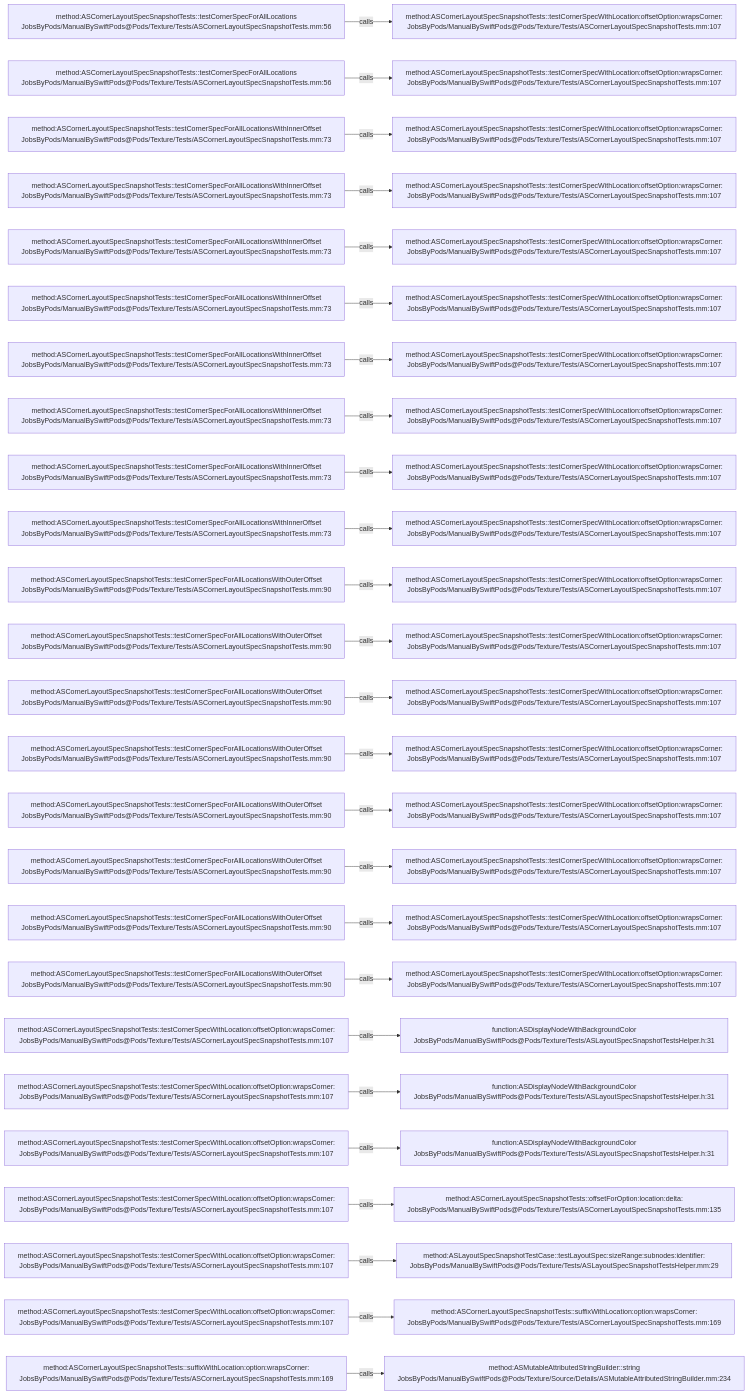
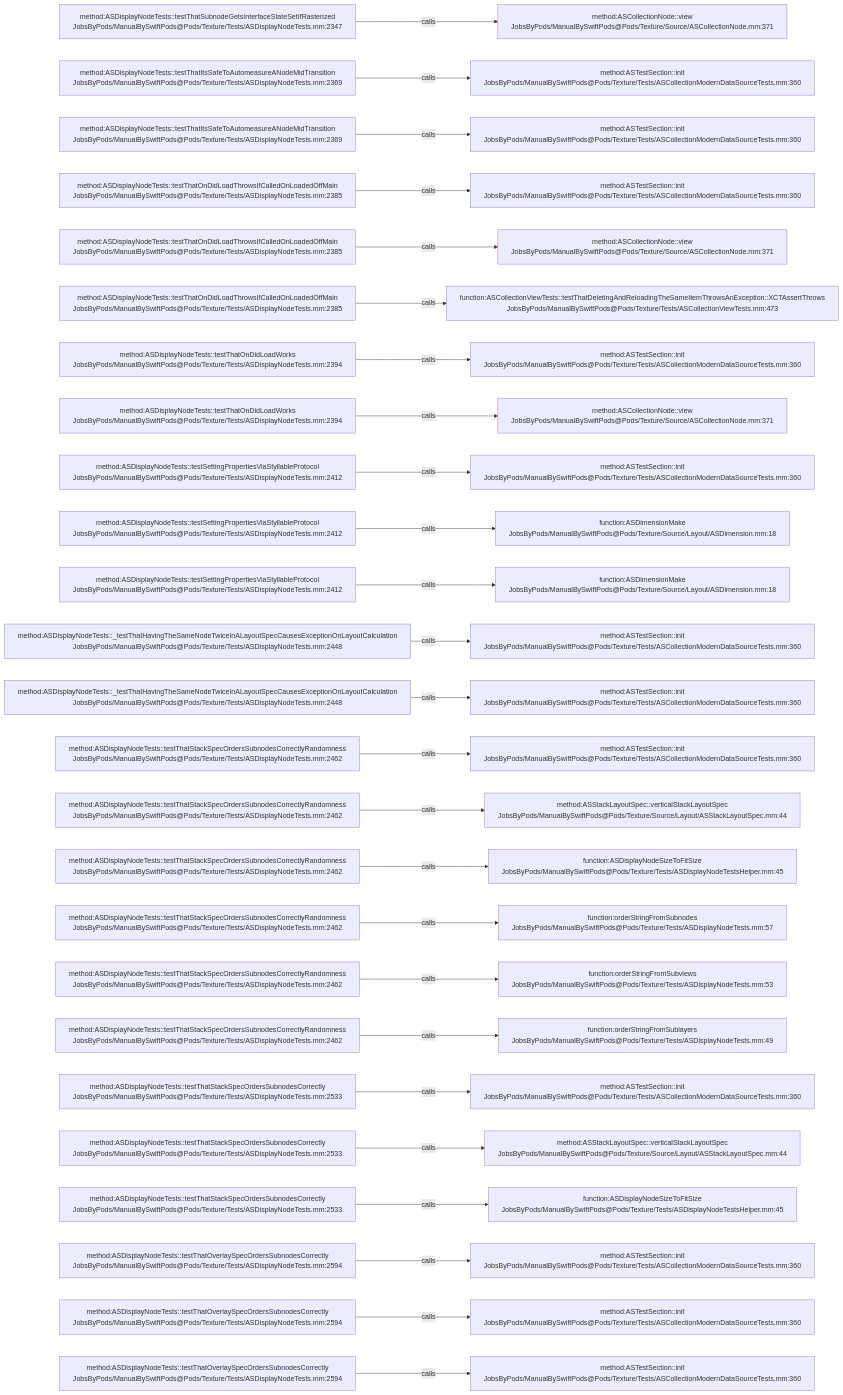
One commit to JobsKits/JobsSwiftBaseConfigDemo changed the diagram in .codegraph/codegraph.md/graphs/calls-196.md. Above: the diagram before and after it, drawn with Mermaid. The commit also changed 832 other files, not shown here.

````diff
--- a/.codegraph/codegraph.md/graphs/calls-196.md
+++ b/.codegraph/codegraph.md/graphs/calls-196.md
@@ -13,78 +13,78 @@
 ```mermaid
 flowchart LR
-  S1["method:ASCornerLayoutSpecSnapshotTests::testCornerSpecForAllLocations<br/>JobsByPods/ManualBySwiftPods@Pods/Texture/Tests/ASCornerLayoutSpecSnapshotTests.mm:56"]
-  T1["method:ASCornerLayoutSpecSnapshotTests::testCornerSpecWithLocation:offsetOption:wrapsCorner:<br/>JobsByPods/ManualBySwiftPods@Pods/Texture/Tests/ASCornerLayoutSpecSnapshotTests.mm:107"]
+  S1["method:ASDisplayNodeTests::testThatSubnodeGetsInterfaceStateSetIfRasterized<br/>JobsByPods/ManualBySwiftPods@Pods/Texture/Tests/ASDisplayNodeTests.mm:2347"]
+  T1["method:ASCollectionNode::view<br/>JobsByPods/ManualBySwiftPods@Pods/Texture/Source/ASCollectionNode.mm:371"]
   S1 -->|calls| T1
-  S2["method:ASCornerLayoutSpecSnapshotTests::testCornerSpecForAllLocations<br/>JobsByPods/ManualBySwiftPods@Pods/Texture/Tests/ASCornerLayoutSpecSnapshotTests.mm:56"]
-  T2["method:ASCornerLayoutSpecSnapshotTests::testCornerSpecWithLocation:offsetOption:wrapsCorner:<br/>JobsByPods/ManualBySwiftPods@Pods/Texture/Tests/ASCornerLayoutSpecSnapshotTests.mm:107"]
+  S2["method:ASDisplayNodeTests::testThatItsSafeToAutomeasureANodeMidTransition<br/>JobsByPods/ManualBySwiftPods@Pods/Texture/Tests/ASDisplayNodeTests.mm:2369"]
+  T2["method:ASTestSection::init<br/>JobsByPods/ManualBySwiftPods@Pods/Texture/Tests/ASCollectionModernDataSourceTests.mm:360"]
   S2 -->|calls| T2
-  S3["method:ASCornerLayoutSpecSnapshotTests::testCornerSpecForAllLocationsWithInnerOffset<br/>JobsByPods/ManualBySwiftPods@Pods/Texture/Tests/ASCornerLayoutSpecSnapshotTests.mm:73"]
-  T3["method:ASCornerLayoutSpecSnapshotTests::testCornerSpecWithLocation:offsetOption:wrapsCorner:<br/>JobsByPods/ManualBySwiftPods@Pods/Texture/Tests/ASCornerLayoutSpecSnapshotTests.mm:107"]
+  S3["method:ASDisplayNodeTests::testThatItsSafeToAutomeasureANodeMidTransition<br/>JobsByPods/ManualBySwiftPods@Pods/Texture/Tests/ASDisplayNodeTests.mm:2369"]
+  T3["method:ASTestSection::init<br/>JobsByPods/ManualBySwiftPods@Pods/Texture/Tests/ASCollectionModernDataSourceTests.mm:360"]
   S3 -->|calls| T3
-  S4["method:ASCornerLayoutSpecSnapshotTests::testCornerSpecForAllLocationsWithInnerOffset<br/>JobsByPods/ManualBySwiftPods@Pods/Texture/Tests/ASCornerLayoutSpecSnapshotTests.mm:73"]
-  T4["method:ASCornerLayoutSpecSnapshotTests::testCornerSpecWithLocation:offsetOption:wrapsCorner:<br/>JobsByPods/ManualBySwiftPods@Pods/Texture/Tests/ASCornerLayoutSpecSnapshotTests.mm:107"]
+  S4["method:ASDisplayNodeTests::testThatOnDidLoadThrowsIfCalledOnLoadedOffMain<br/>JobsByPods/ManualBySwiftPods@Pods/Texture/Tests/ASDisplayNodeTests.mm:2385"]
+  T4["method:ASTestSection::init<br/>JobsByPods/ManualBySwiftPods@Pods/Texture/Tests/ASCollectionModernDataSourceTests.mm:360"]
   S4 -->|calls| T4
-  S5["method:ASCornerLayoutSpecSnapshotTests::testCornerSpecForAllLocationsWithInnerOffset<br/>JobsByPods/ManualBySwiftPods@Pods/Texture/Tests/ASCornerLayoutSpecSnapshotTests.mm:73"]
-  T5["method:ASCornerLayoutSpecSnapshotTests::testCornerSpecWithLocation:offsetOption:wrapsCorner:<br/>JobsByPods/ManualBySwiftPods@Pods/Texture/Tests/ASCornerLayoutSpecSnapshotTests.mm:107"]
+  S5["method:ASDisplayNodeTests::testThatOnDidLoadThrowsIfCalledOnLoadedOffMain<br/>JobsByPods/ManualBySwiftPods@Pods/Texture/Tests/ASDisplayNodeTests.mm:2385"]
+  T5["method:ASCollectionNode::view<br/>JobsByPods/ManualBySwiftPods@Pods/Texture/Source/ASCollectionNode.mm:371"]
   S5 -->|calls| T5
-  S6["method:ASCornerLayoutSpecSnapshotTests::testCornerSpecForAllLocationsWithInnerOffset<br/>JobsByPods/ManualBySwiftPods@Pods/Texture/Tests/ASCornerLayoutSpecSnapshotTests.mm:73"]
-  T6["method:ASCornerLayoutSpecSnapshotTests::testCornerSpecWithLocation:offsetOption:wrapsCorner:<br/>JobsByPods/ManualBySwiftPods@Pods/Texture/Tests/ASCornerLayoutSpecSnapshotTests.mm:107"]
+  S6["method:ASDisplayNodeTests::testThatOnDidLoadThrowsIfCalledOnLoadedOffMain<br/>JobsByPods/ManualBySwiftPods@Pods/Texture/Tests/ASDisplayNodeTests.mm:2385"]
+  T6["function:ASCollectionViewTests::testThatDeletingAndReloadingTheSameItemThrowsAnException::XCTAssertThrows<br/>JobsByPods/ManualBySwiftPods@Pods/Texture/Tests/ASCollectionViewTests.mm:473"]
   S6 -->|calls| T6
-  S7["method:ASCornerLayoutSpecSnapshotTests::testCornerSpecForAllLocationsWithInnerOffset<br/>JobsByPods/ManualBySwiftPods@Pods/Texture/Tests/ASCornerLayoutSpecSnapshotTests.mm:73"]
-  T7["method:ASCornerLayoutSpecSnapshotTests::testCornerSpecWithLocation:offsetOption:wrapsCorner:<br/>JobsByPods/ManualBySwiftPods@Pods/Texture/Tests/ASCornerLayoutSpecSnapshotTests.mm:107"]
+  S7["method:ASDisplayNodeTests::testThatOnDidLoadWorks<br/>JobsByPods/ManualBySwiftPods@Pods/Texture/Tests/ASDisplayNodeTests.mm:2394"]
+  T7["method:ASTestSection::init<br/>JobsByPods/ManualBySwiftPods@Pods/Texture/Tests/ASCollectionModernDataSourceTests.mm:360"]
   S7 -->|calls| T7
-  S8["method:ASCornerLayoutSpecSnapshotTests::testCornerSpecForAllLocationsWithInnerOffset<br/>JobsByPods/ManualBySwiftPods@Pods/Texture/Tests/ASCornerLayoutSpecSnapshotTests.mm:73"]
-  T8["method:ASCornerLayoutSpecSnapshotTests::testCornerSpecWithLocation:offsetOption:wrapsCorner:<br/>JobsByPods/ManualBySwiftPods@Pods/Texture/Tests/ASCornerLayoutSpecSnapshotTests.mm:107"]
+  S8["method:ASDisplayNodeTests::testThatOnDidLoadWorks<br/>JobsByPods/ManualBySwiftPods@Pods/Texture/Tests/ASDisplayNodeTests.mm:2394"]
+  T8["method:ASCollectionNode::view<br/>JobsByPods/ManualBySwiftPods@Pods/Texture/Source/ASCollectionNode.mm:371"]
   S8 -->|calls| T8
-  S9["method:ASCornerLayoutSpecSnapshotTests::testCornerSpecForAllLocationsWithInnerOffset<br/>JobsByPods/ManualBySwiftPods@Pods/Texture/Tests/ASCornerLayoutSpecSnapshotTests.mm:73"]
-  T9["method:ASCornerLayoutSpecSnapshotTests::testCornerSpecWithLocation:offsetOption:wrapsCorner:<br/>JobsByPods/ManualBySwiftPods@Pods/Texture/Tests/ASCornerLayoutSpecSnapshotTests.mm:107"]
+  S9["method:ASDisplayNodeTests::testSettingPropertiesViaStyllableProtocol<br/>JobsByPods/ManualBySwiftPods@Pods/Texture/Tests/ASDisplayNodeTests.mm:2412"]
+  T9["method:ASTestSection::init<br/>JobsByPods/ManualBySwiftPods@Pods/Texture/Tests/ASCollectionModernDataSourceTests.mm:360"]
   S9 -->|calls| T9
-  S10["method:ASCornerLayoutSpecSnapshotTests::testCornerSpecForAllLocationsWithInnerOffset<br/>JobsByPods/ManualBySwiftPods@Pods/Texture/Tests/ASCornerLayoutSpecSnapshotTests.mm:73"]
-  T10["method:ASCornerLayoutSpecSnapshotTests::testCornerSpecWithLocation:offsetOption:wrapsCorner:<br/>JobsByPods/ManualBySwiftPods@Pods/Texture/Tests/ASCornerLayoutSpecSnapshotTests.mm:107"]
+  S10["method:ASDisplayNodeTests::testSettingPropertiesViaStyllableProtocol<br/>JobsByPods/ManualBySwiftPods@Pods/Texture/Tests/ASDisplayNodeTests.mm:2412"]
+  T10["function:ASDimensionMake<br/>JobsByPods/ManualBySwiftPods@Pods/Texture/Source/Layout/ASDimension.mm:18"]
   S10 -->|calls| T10
-  S11["method:ASCornerLayoutSpecSnapshotTests::testCornerSpecForAllLocationsWithOuterOffset<br/>JobsByPods/ManualBySwiftPods@Pods/Texture/Tests/ASCornerLayoutSpecSnapshotTests.mm:90"]
-  T11["method:ASCornerLayoutSpecSnapshotTests::testCornerSpecWithLocation:offsetOption:wrapsCorner:<br/>JobsByPods/ManualBySwiftPods@Pods/Texture/Tests/ASCornerLayoutSpecSnapshotTests.mm:107"]
+  S11["method:ASDisplayNodeTests::testSettingPropertiesViaStyllableProtocol<br/>JobsByPods/ManualBySwiftPods@Pods/Texture/Tests/ASDisplayNodeTests.mm:2412"]
+  T11["function:ASDimensionMake<br/>JobsByPods/ManualBySwiftPods@Pods/Texture/Source/Layout/ASDimension.mm:18"]
   S11 -->|calls| T11
-  S12["method:ASCornerLayoutSpecSnapshotTests::testCornerSpecForAllLocationsWithOuterOffset<br/>JobsByPods/ManualBySwiftPods@Pods/Texture/Tests/ASCornerLayoutSpecSnapshotTests.mm:90"]
-  T12["method:ASCornerLayoutSpecSnapshotTests::testCornerSpecWithLocation:offsetOption:wrapsCorner:<br/>JobsByPods/ManualBySwiftPods@Pods/Texture/Tests/ASCornerLayoutSpecSnapshotTests.mm:107"]
+  S12["method:ASDisplayNodeTests::_testThatHavingTheSameNodeTwiceInALayoutSpecCausesExceptionOnLayoutCalculation<br/>JobsByPods/ManualBySwiftPods@Pods/Texture/Tests/ASDisplayNodeTests.mm:2448"]
+  T12["method:ASTestSection::init<br/>JobsByPods/ManualBySwiftPods@Pods/Texture/Tests/ASCollectionModernDataSourceTests.mm:360"]
   S12 -->|calls| T12
-  S13["method:ASCornerLayoutSpecSnapshotTests::testCornerSpecForAllLocationsWithOuterOffset<br/>JobsByPods/ManualBySwiftPods@Pods/Texture/Tests/ASCornerLayoutSpecSnapshotTests.mm:90"]
-  T13["method:ASCornerLayoutSpecSnapshotTests::testCornerSpecWithLocation:offsetOption:wrapsCorner:<br/>JobsByPods/ManualBySwiftPods@Pods/Texture/Tests/ASCornerLayoutSpecSnapshotTests.mm:107"]
+  S13["method:ASDisplayNodeTests::_testThatHavingTheSameNodeTwiceInALayoutSpecCausesExceptionOnLayoutCalculation<br/>JobsByPods/ManualBySwiftPods@Pods/Texture/Tests/ASDisplayNodeTests.mm:2448"]
+  T13["method:ASTestSection::init<br/>JobsByPods/ManualBySwiftPods@Pods/Texture/Tests/ASCollectionModernDataSourceTests.mm:360"]
   S13 -->|calls| T13
-  S14["method:ASCornerLayoutSpecSnapshotTests::testCornerSpecForAllLocationsWithOuterOffset<br/>JobsByPods/ManualBySwiftPods@Pods/Texture/Tests/ASCornerLayoutSpecSnapshotTests.mm:90"]
-  T14["method:ASCornerLayoutSpecSnapshotTests::testCornerSpecWithLocation:offsetOption:wrapsCorner:<br/>JobsByPods/ManualBySwiftPods@Pods/Texture/Tests/ASCornerLayoutSpecSnapshotTests.mm:107"]
+  S14["method:ASDisplayNodeTests::testThatStackSpecOrdersSubnodesCorrectlyRandomness<br/>JobsByPods/ManualBySwiftPods@Pods/Texture/Tests/ASDisplayNodeTests.mm:2462"]
+  T14["method:ASTestSection::init<br/>JobsByPods/ManualBySwiftPods@Pods/Texture/Tests/ASCollectionModernDataSourceTests.mm:360"]
   S14 -->|calls| T14
-  S15["method:ASCornerLayoutSpecSnapshotTests::testCornerSpecForAllLocationsWithOuterOffset<br/>JobsByPods/ManualBySwiftPods@Pods/Texture/Tests/ASCornerLayoutSpecSnapshotTests.mm:90"]
-  T15["method:ASCornerLayoutSpecSnapshotTests::testCornerSpecWithLocation:offsetOption:wrapsCorner:<br/>JobsByPods/ManualBySwiftPods@Pods/Texture/Tests/ASCornerLayoutSpecSnapshotTests.mm:107"]
+  S15["method:ASDisplayNodeTests::testThatStackSpecOrdersSubnodesCorrectlyRandomness<br/>JobsByPods/ManualBySwiftPods@Pods/Texture/Tests/ASDisplayNodeTests.mm:2462"]
+  T15["method:ASStackLayoutSpec::verticalStackLayoutSpec<br/>JobsByPods/ManualBySwiftPods@Pods/Texture/Source/Layout/ASStackLayoutSpec.mm:44"]
   S15 -->|calls| T15
-  S16["method:ASCornerLayoutSpecSnapshotTests::testCornerSpecForAllLocationsWithOuterOffset<br/>JobsByPods/ManualBySwiftPods@Pods/Texture/Tests/ASCornerLayoutSpecSnapshotTests.mm:90"]
-  T16["method:ASCornerLayoutSpecSnapshotTests::testCornerSpecWithLocation:offsetOption:wrapsCorner:<br/>JobsByPods/ManualBySwiftPods@Pods/Texture/Tests/ASCornerLayoutSpecSnapshotTests.mm:107"]
+  S16["method:ASDisplayNodeTests::testThatStackSpecOrdersSubnodesCorrectlyRandomness<br/>JobsByPods/ManualBySwiftPods@Pods/Texture/Tests/ASDisplayNodeTests.mm:2462"]
+  T16["function:ASDisplayNodeSizeToFitSize<br/>JobsByPods/ManualBySwiftPods@Pods/Texture/Tests/ASDisplayNodeTestsHelper.mm:45"]
   S16 -->|calls| T16
-  S17["method:ASCornerLayoutSpecSnapshotTests::testCornerSpecForAllLocationsWithOuterOffset<br/>JobsByPods/ManualBySwiftPods@Pods/Texture/Tests/ASCornerLayoutSpecSnapshotTests.mm:90"]
-  T17["method:ASCornerLayoutSpecSnapshotTests::testCornerSpecWithLocation:offsetOption:wrapsCorner:<br/>JobsByPods/ManualBySwiftPods@Pods/Texture/Tests/ASCornerLayoutSpecSnapshotTests.mm:107"]
+  S17["method:ASDisplayNodeTests::testThatStackSpecOrdersSubnodesCorrectlyRandomness<br/>JobsByPods/ManualBySwiftPods@Pods/Texture/Tests/ASDisplayNodeTests.mm:2462"]
+  T17["function:orderStringFromSubnodes<br/>JobsByPods/ManualBySwiftPods@Pods/Texture/Tests/ASDisplayNodeTests.mm:57"]
   S17 -->|calls| T17
-  S18["method:ASCornerLayoutSpecSnapshotTests::testCornerSpecForAllLocationsWithOuterOffset<br/>JobsByPods/ManualBySwiftPods@Pods/Texture/Tests/ASCornerLayoutSpecSnapshotTests.mm:90"]
-  T18["method:ASCornerLayoutSpecSnapshotTests::testCornerSpecWithLocation:offsetOption:wrapsCorner:<br/>JobsByPods/ManualBySwiftPods@Pods/Texture/Tests/ASCornerLayoutSpecSnapshotTests.mm:107"]
+  S18["method:ASDisplayNodeTests::testThatStackSpecOrdersSubnodesCorrectlyRandomness<br/>JobsByPods/ManualBySwiftPods@Pods/Texture/Tests/ASDisplayNodeTests.mm:2462"]
+  T18["function:orderStringFromSubviews<br/>JobsByPods/ManualBySwiftPods@Pods/Texture/Tests/ASDisplayNodeTests.mm:53"]
   S18 -->|calls| T18
-  S19["method:ASCornerLayoutSpecSnapshotTests::testCornerSpecWithLocation:offsetOption:wrapsCorner:<br/>JobsByPods/ManualBySwiftPods@Pods/Texture/Tests/ASCornerLayoutSpecSnapshotTests.mm:107"]
-  T19["function:ASDisplayNodeWithBackgroundColor<br/>JobsByPods/ManualBySwiftPods@Pods/Texture/Tests/ASLayoutSpecSnapshotTestsHelper.h:31"]
+  S19["method:ASDisplayNodeTests::testThatStackSpecOrdersSubnodesCorrectlyRandomness<br/>JobsByPods/ManualBySwiftPods@Pods/Texture/Tests/ASDisplayNodeTests.mm:2462"]
+  T19["function:orderStringFromSublayers<br/>JobsByPods/ManualBySwiftPods@Pods/Texture/Tests/ASDisplayNodeTests.mm:49"]
   S19 -->|calls| T19
-  S20["method:ASCornerLayoutSpecSnapshotTests::testCornerSpecWithLocation:offsetOption:wrapsCorner:<br/>JobsByPods/ManualBySwiftPods@Pods/Texture/Tests/ASCornerLayoutSpecSnapshotTests.mm:107"]
-  T20["function:ASDisplayNodeWithBackgroundColor<br/>JobsByPods/ManualBySwiftPods@Pods/Texture/Tests/ASLayoutSpecSnapshotTestsHelper.h:31"]
+  S20["method:ASDisplayNodeTests::testThatStackSpecOrdersSubnodesCorrectly<br/>JobsByPods/ManualBySwiftPods@Pods/Texture/Tests/ASDisplayNodeTests.mm:2533"]
+  T20["method:ASTestSection::init<br/>JobsByPods/ManualBySwiftPods@Pods/Texture/Tests/ASCollectionModernDataSourceTests.mm:360"]
   S20 -->|calls| T20
-  S21["method:ASCornerLayoutSpecSnapshotTests::testCornerSpecWithLocation:offsetOption:wrapsCorner:<br/>JobsByPods/ManualBySwiftPods@Pods/Texture/Tests/ASCornerLayoutSpecSnapshotTests.mm:107"]
-  T21["function:ASDisplayNodeWithBackgroundColor<br/>JobsByPods/ManualBySwiftPods@Pods/Texture/Tests/ASLayoutSpecSnapshotTestsHelper.h:31"]
+  S21["method:ASDisplayNodeTests::testThatStackSpecOrdersSubnodesCorrectly<br/>JobsByPods/ManualBySwiftPods@Pods/Texture/Tests/ASDisplayNodeTests.mm:2533"]
+  T21["method:ASStackLayoutSpec::verticalStackLayoutSpec<br/>JobsByPods/ManualBySwiftPods@Pods/Texture/Source/Layout/ASStackLayoutSpec.mm:44"]
   S21 -->|calls| T21
-  S22["method:ASCornerLayoutSpecSnapshotTests::testCornerSpecWithLocation:offsetOption:wrapsCorner:<br/>JobsByPods/ManualBySwiftPods@Pods/Texture/Tests/ASCornerLayoutSpecSnapshotTests.mm:107"]
-  T22["method:ASCornerLayoutSpecSnapshotTests::offsetForOption:location:delta:<br/>JobsByPods/ManualBySwiftPods@Pods/Texture/Tests/ASCornerLayoutSpecSnapshotTests.mm:135"]
+  S22["method:ASDisplayNodeTests::testThatStackSpecOrdersSubnodesCorrectly<br/>JobsByPods/ManualBySwiftPods@Pods/Texture/Tests/ASDisplayNodeTests.mm:2533"]
+  T22["function:ASDisplayNodeSizeToFitSize<br/>JobsByPods/ManualBySwiftPods@Pods/Texture/Tests/ASDisplayNodeTestsHelper.mm:45"]
   S22 -->|calls| T22
-  S23["method:ASCornerLayoutSpecSnapshotTests::testCornerSpecWithLocation:offsetOption:wrapsCorner:<br/>JobsByPods/ManualBySwiftPods@Pods/Texture/Tests/ASCornerLayoutSpecSnapshotTests.mm:107"]
-  T23["method:ASLayoutSpecSnapshotTestCase::testLayoutSpec:sizeRange:subnodes:identifier:<br/>JobsByPods/ManualBySwiftPods@Pods/Texture/Tests/ASLayoutSpecSnapshotTestsHelper.mm:29"]
+  S23["method:ASDisplayNodeTests::testThatOverlaySpecOrdersSubnodesCorrectly<br/>JobsByPods/ManualBySwiftPods@Pods/Texture/Tests/ASDisplayNodeTests.mm:2594"]
+  T23["method:ASTestSection::init<br/>JobsByPods/ManualBySwiftPods@Pods/Texture/Tests/ASCollectionModernDataSourceTests.mm:360"]
   S23 -->|calls| T23
-  S24["method:ASCornerLayoutSpecSnapshotTests::testCornerSpecWithLocation:offsetOption:wrapsCorner:<br/>JobsByPods/ManualBySwiftPods@Pods/Texture/Tests/ASCornerLayoutSpecSnapshotTests.mm:107"]
-  T24["method:ASCornerLayoutSpecSnapshotTests::suffixWithLocation:option:wrapsCorner:<br/>JobsByPods/ManualBySwiftPods@Pods/Texture/Tests/ASCornerLayoutSpecSnapshotTests.mm:169"]
+  S24["method:ASDisplayNodeTests::testThatOverlaySpecOrdersSubnodesCorrectly<br/>JobsByPods/ManualBySwiftPods@Pods/Texture/Tests/ASDisplayNodeTests.mm:2594"]
+  T24["method:ASTestSection::init<br/>JobsByPods/ManualBySwiftPods@Pods/Texture/Tests/ASCollectionModernDataSourceTests.mm:360"]
   S24 -->|calls| T24
-  S25["method:ASCornerLayoutSpecSnapshotTests::suffixWithLocation:option:wrapsCorner:<br/>JobsByPods/ManualBySwiftPods@Pods/Texture/Tests/ASCornerLayoutSpecSnapshotTests.mm:169"]
-  T25["method:ASMutableAttributedStringBuilder::string<br/>JobsByPods/ManualBySwiftPods@Pods/Texture/Source/Details/ASMutableAttributedStringBuilder.mm:234"]
+  S25["method:ASDisplayNodeTests::testThatOverlaySpecOrdersSubnodesCorrectly<br/>JobsByPods/ManualBySwiftPods@Pods/Texture/Tests/ASDisplayNodeTests.mm:2594"]
+  T25["method:ASTestSection::init<br/>JobsByPods/ManualBySwiftPods@Pods/Texture/Tests/ASCollectionModernDataSourceTests.mm:360"]
   S25 -->|calls| T25
 ```
````
